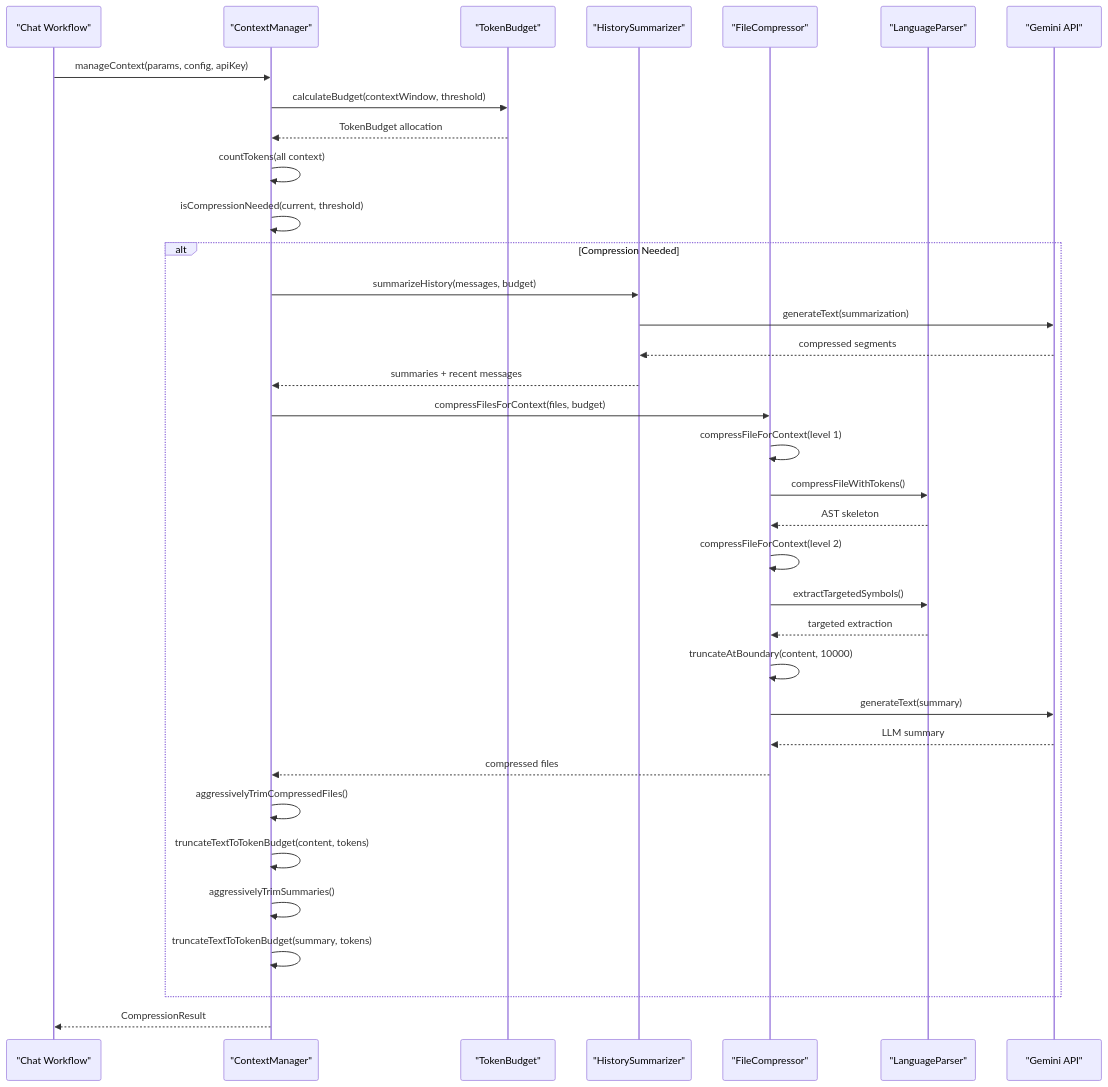
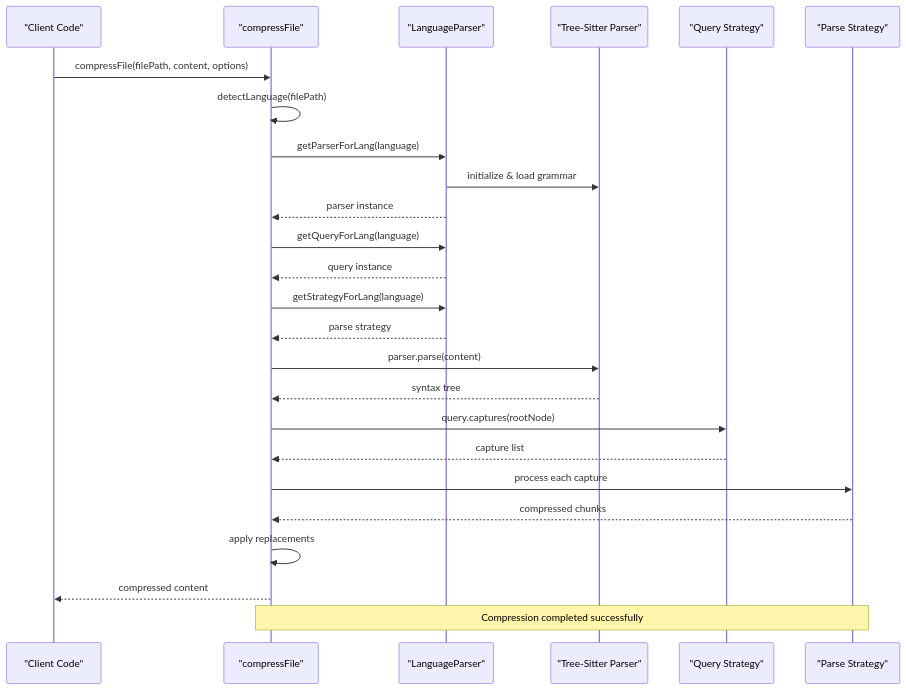
One commit to bramburn/repomix-runner changed the second of 5 diagrams in .qoder/repowiki/en/content/Core Features/Compression Engine Architecture.md. Above: the diagram before and after it, drawn with Mermaid. The commit also changed other lines of this file and 41 other files, not shown here.

````diff
--- a/.qoder/repowiki/en/content/Core Features/Compression Engine Architecture.md
+++ b/.qoder/repowiki/en/content/Core Features/Compression Engine Architecture.md
@@ -157,37 +125,27 @@
 ```mermaid
 sequenceDiagram
-participant Client as "Chat Workflow"
-participant CM as "ContextManager"
-participant TB as "TokenBudget"
-participant HS as "HistorySummarizer"
-participant FC as "FileCompressor"
+participant Client as "Client Code"
+participant CF as "compressFile"
 participant LP as "LanguageParser"
-participant API as "Gemini API"
-Client->>CM : manageContext(params, config, apiKey)
-CM->>TB : calculateBudget(contextWindow, threshold)
-TB-->>CM : TokenBudget allocation
-CM->>CM : countTokens(all context)
-CM->>CM : isCompressionNeeded(current, threshold)
-alt Compression Needed
-CM->>HS : summarizeHistory(messages, budget)
-HS->>API : generateText(summarization)
-API-->>HS : compressed segments
-HS-->>CM : summaries + recent messages
-CM->>FC : compressFilesForContext(files, budget)
-FC->>FC : compressFileForContext(level 1)
-FC->>LP : compressFileWithTokens()
-LP-->>FC : AST skeleton
-FC->>FC : compressFileForContext(level 2)
-FC->>LP : extractTargetedSymbols()
-LP-->>FC : targeted extraction
-FC->>FC : truncateAtBoundary(content, 10000)
-FC->>API : generateText(summary)
-API-->>FC : LLM summary
-FC-->>CM : compressed files
-CM->>CM : aggressivelyTrimCompressedFiles()
-CM->>CM : truncateTextToTokenBudget(content, tokens)
-CM->>CM : aggressivelyTrimSummaries()
-CM->>CM : truncateTextToTokenBudget(summary, tokens)
-end
-CM-->>Client : CompressionResult
+participant TS as "Tree-Sitter Parser"
+participant QS as "Query Strategy"
+participant PS as "Parse Strategy"
+Client->>CF : compressFile(filePath, content, options)
+CF->>CF : detectLanguage(filePath)
+CF->>LP : getParserForLang(language)
+LP->>TS : initialize & load grammar
+LP-->>CF : parser instance
+CF->>LP : getQueryForLang(language)
+LP-->>CF : query instance
+CF->>LP : getStrategyForLang(language)
+LP-->>CF : parse strategy
+CF->>TS : parser.parse(content)
+TS-->>CF : syntax tree
+CF->>QS : query.captures(rootNode)
+QS-->>CF : capture list
+CF->>PS : process each capture
+PS-->>CF : compressed chunks
+CF->>CF : apply replacements
+CF-->>Client : compressed content
+Note over CF,PS : Compression completed successfully
 ```
````
